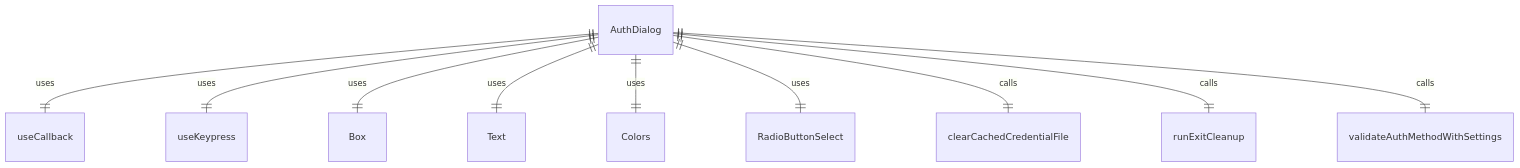
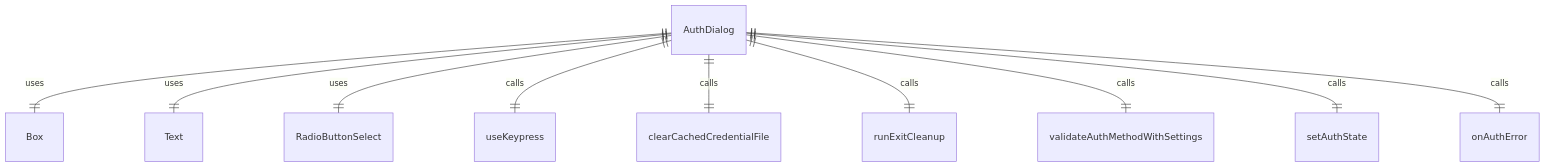
One commit to Joker-of-Gotham/AI-CLI changed the first of 2 diagrams in documentation/packages/cli/src/ui/auth/AuthDialog.tsx.md. Above: the diagram before and after it, drawn with Mermaid. The commit also changed other lines of this file and 127 other files, not shown here.

Commit message:
add graph view of all the project

````diff
--- a/documentation/packages/cli/src/ui/auth/AuthDialog.tsx.md
+++ b/documentation/packages/cli/src/ui/auth/AuthDialog.tsx.md
@@ -50,12 +36,12 @@
 ```mermaid
 erDiagram
-    AuthDialog ||--|| useCallback : uses
-    AuthDialog ||--|| useKeypress : uses
     AuthDialog ||--|| Box : uses
     AuthDialog ||--|| Text : uses
-    AuthDialog ||--|| Colors : uses
     AuthDialog ||--|| RadioButtonSelect : uses
+    AuthDialog ||--|| useKeypress : calls
     AuthDialog ||--|| clearCachedCredentialFile : calls
     AuthDialog ||--|| runExitCleanup : calls
     AuthDialog ||--|| validateAuthMethodWithSettings : calls
+    AuthDialog ||--|| setAuthState : calls
+    AuthDialog ||--|| onAuthError : calls
 ```
````
